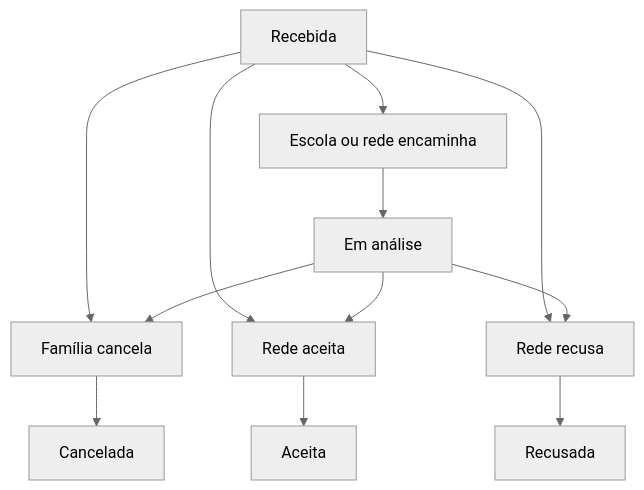
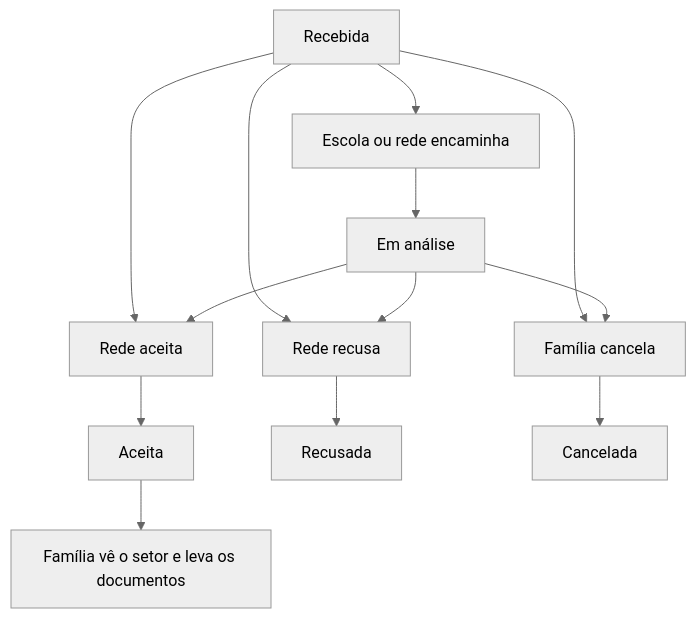
Before and after one commit to i-Educar/i-educar-transporte-escolar-v2-package: the fourth of 6 diagrams in docs/FLUXOS.md, drawn with Mermaid (neutral theme). The commit also changed other lines of this file and 56 other files, not shown here.

````diff
--- a/docs/FLUXOS.md
+++ b/docs/FLUXOS.md
@@ -41,14 +65,15 @@
 ```mermaid
 flowchart TD
     A["Recebida"] --> B["Escola ou rede encaminha"]
     B --> C["Em análise"]
     A --> D["Família cancela"]
     C --> D
     A --> E["Rede aceita"]
     C --> E
     A --> F["Rede recusa"]
     C --> F
     E --> G["Aceita"]
     F --> H["Recusada"]
     D --> I["Cancelada"]
+    G --> J["Família vê o setor e leva os documentos"]
 ```
````
